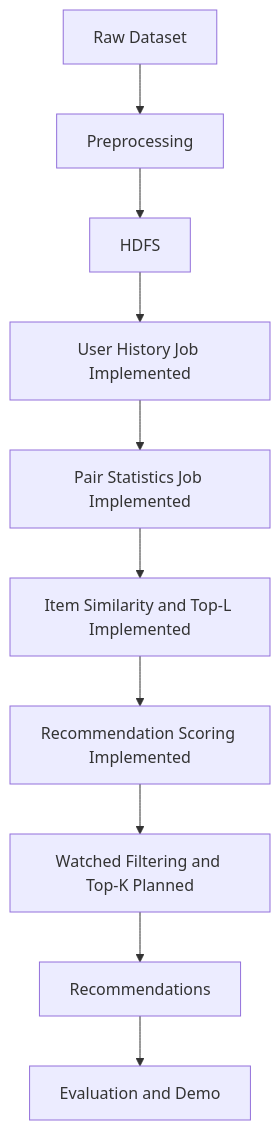
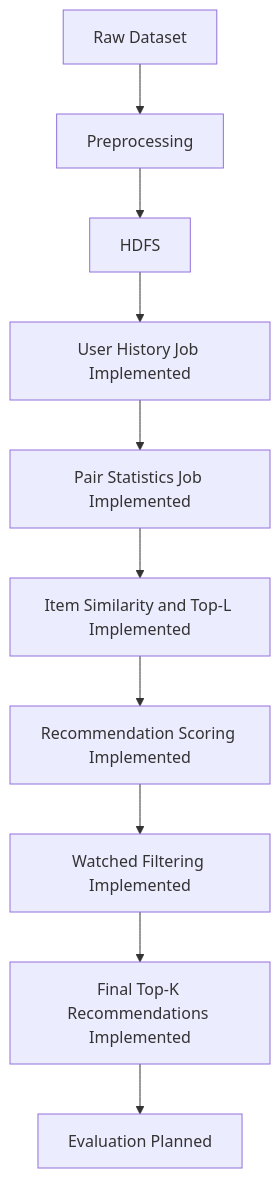
Before and after one commit to hieulenho/movie-recommender-hadoop: the diagram in docs/architecture.md, drawn with Mermaid. The commit also changed other lines of this file and 26 other files, not shown here.

Commit message:
feat: add watched-item filtering and Top-K recommendations

````diff
--- a/docs/architecture.md
+++ b/docs/architecture.md
@@ -19,12 +19,12 @@
 ```mermaid
 flowchart TD
     A[Raw Dataset] --> B[Preprocessing]
     B --> C[HDFS]
     C --> D[User History Job Implemented]
     D --> E[Pair Statistics Job Implemented]
     E --> F[Item Similarity and Top-L Implemented]
     F --> G[Recommendation Scoring Implemented]
-    G --> H[Watched Filtering and Top-K Planned]
-    H --> I[Recommendations]
-    I --> J[Evaluation and Demo]
+    G --> H[Watched Filtering Implemented]
+    H --> I[Final Top-K Recommendations Implemented]
+    I --> J[Evaluation Planned]
 ```
````
